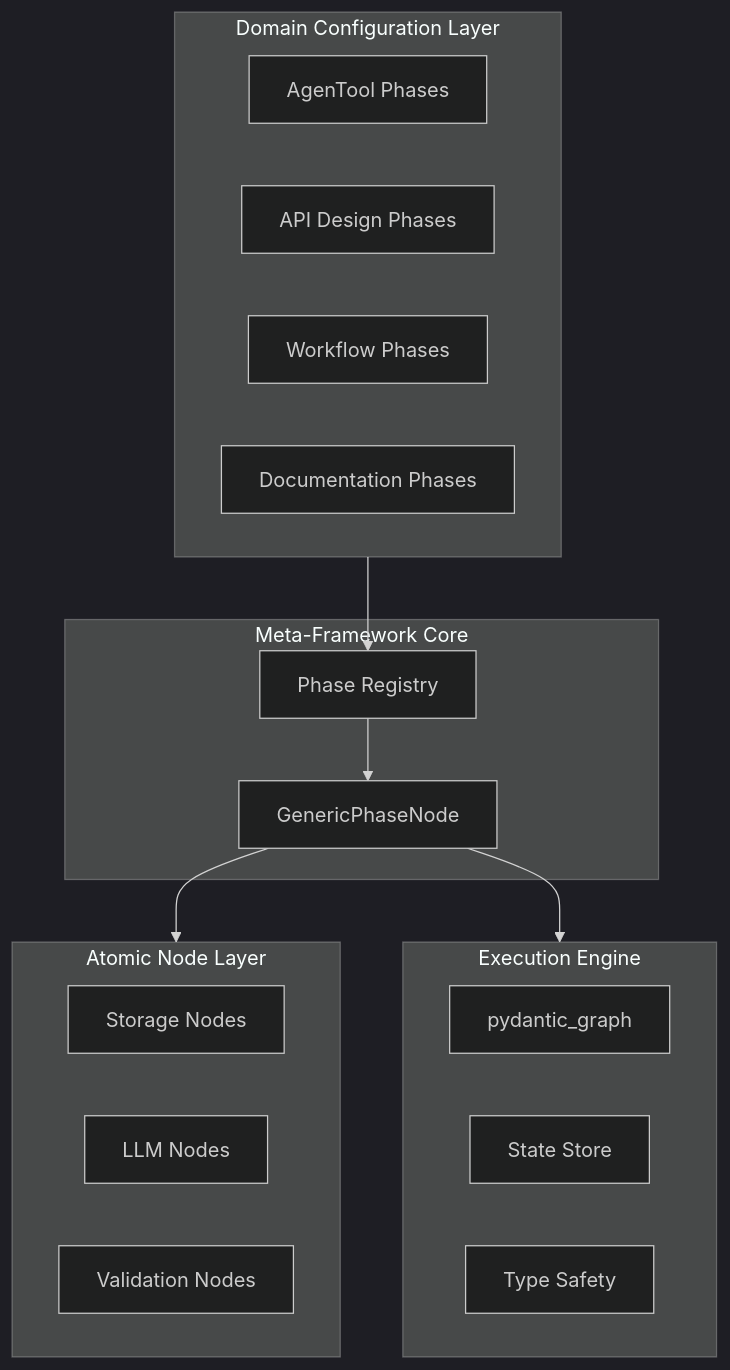
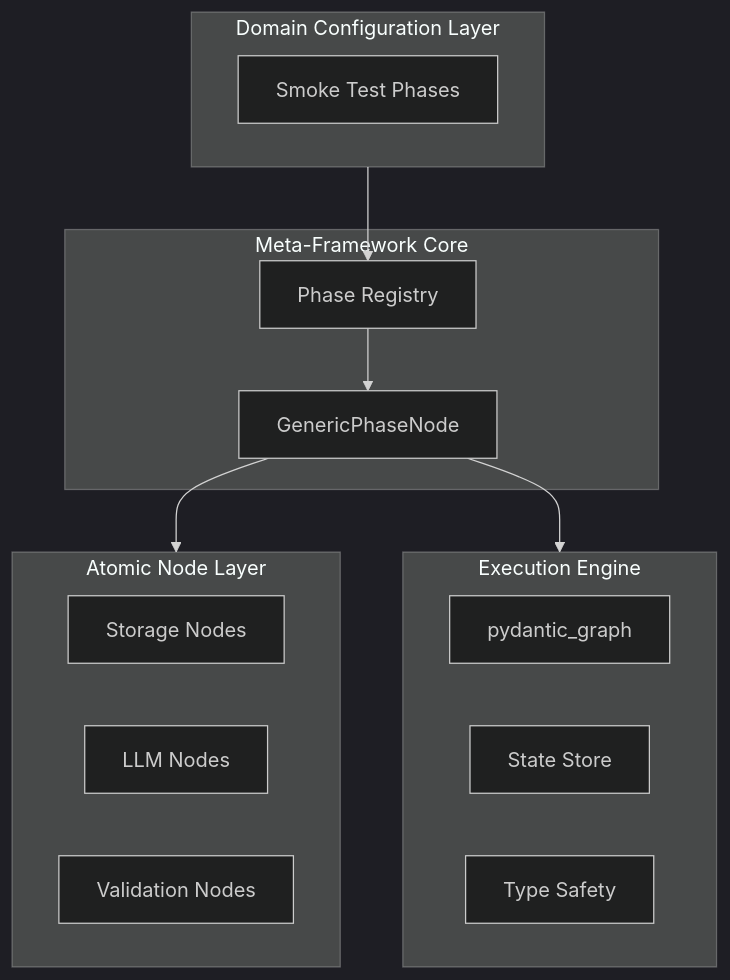
One commit to fblgit/agentool changed the first of 3 diagrams in docs/workflow-graph-system.md. Above: the diagram before and after it, drawn with Mermaid (dark theme). The commit also changed other lines of this file and 6 other files, not shown here.

````diff
--- a/docs/workflow-graph-system.md
+++ b/docs/workflow-graph-system.md
@@ -206,32 +203,29 @@
 ```mermaid
 graph TB
     subgraph CONFIG["Domain Configuration Layer"]
-        AgenToolDef[AgenTool Phases]
-        APIDef[API Design Phases] 
-        WorkflowDef[Workflow Phases]
-        DocsDef[Documentation Phases]
+        SmokeDef[Smoke Test Phases]
     end
     
     subgraph CORE["Meta-Framework Core"]
         PhaseReg[Phase Registry]
         GenNode[GenericPhaseNode]
     end
     
     subgraph ATOMIC["Atomic Node Layer"]
         StorageNodes[Storage Nodes]
         LLMNodes[LLM Nodes]
         ValidationNodes[Validation Nodes]
     end
     
     subgraph ENGINE["Execution Engine"]
         GraphEngine[pydantic_graph]
         StateStore[State Store]
         TypeSafety[Type Safety]
     end
     
     %% Connections
     CONFIG --> PhaseReg
     PhaseReg --> GenNode
     GenNode --> ATOMIC
     GenNode --> ENGINE
 ```
````
